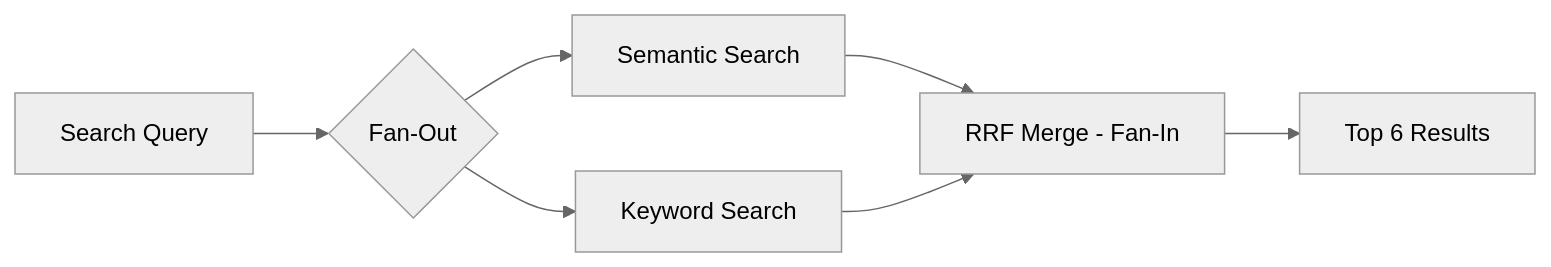
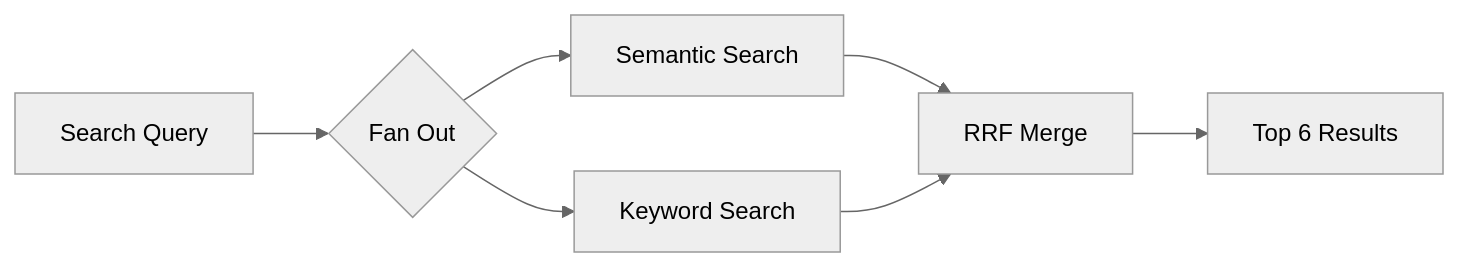
The sixth of 6 diagrams in README.md (aspunith/MultAgent-Strategic-Intelligence-System), drawn with Mermaid (neutral theme) before and after one commit. The commit also changed other lines of this file, not shown here.

Commit message:
Fix Mermaid: convert stateDiagram to flowchart, remove hyphens from fan-out diagram

````diff
--- a/README.md
+++ b/README.md
@@ -777,9 +774,9 @@
 ```mermaid
 graph LR
-    Q[Search Query] --> F{Fan-Out}
+    Q[Search Query] --> F{Fan Out}
     F --> S[Semantic Search]
     F --> K[Keyword Search]
-    S --> RRF[RRF Merge - Fan-In]
+    S --> RRF[RRF Merge]
     K --> RRF
     RRF --> R[Top 6 Results]
 ```
````
